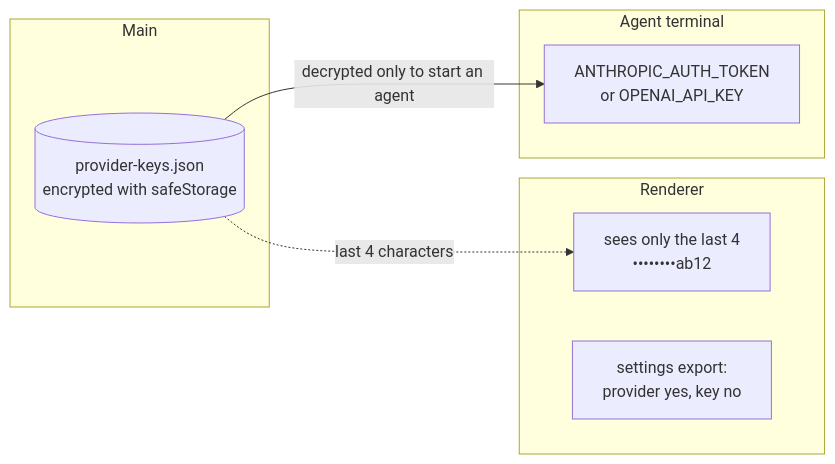
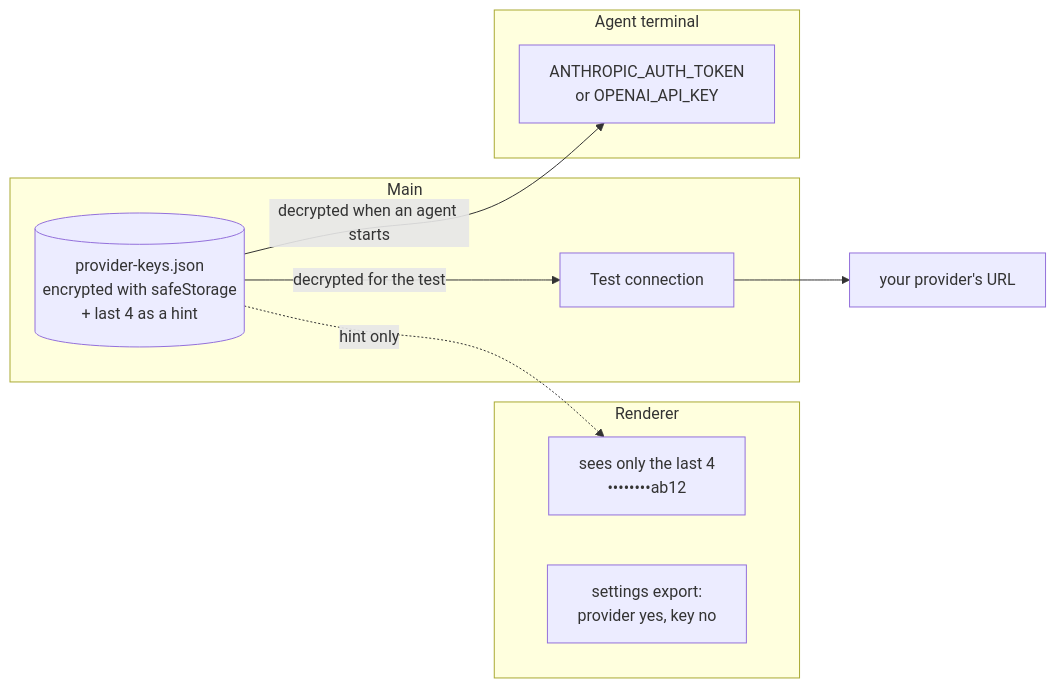
One commit to Lio3307/O-Bros changed the ninth of 9 diagrams in docs/ARCHITECTURE.md. Above: the diagram before and after it, drawn with Mermaid. The commit also changed other lines of this file, not shown here.

First line of the commit message:
Explain the architecture with diagrams

````diff
--- a/docs/ARCHITECTURE.md
+++ b/docs/ARCHITECTURE.md
@@ -178,16 +225,19 @@
 ```mermaid
 flowchart LR
     subgraph REN["Renderer"]
         L4["sees only the last 4<br/>••••••••ab12"]
         EX["settings export:<br/>provider yes, key no"]
     end
     subgraph MAIN["Main"]
-        KF[("provider-keys.json<br/>encrypted with safeStorage")]
+        KF[("provider-keys.json<br/>encrypted with safeStorage<br/>+ last 4 as a hint")]
+        TC["Test connection"]
     end
     subgraph AGT["Agent terminal"]
         ENV["ANTHROPIC_AUTH_TOKEN<br/>or OPENAI_API_KEY"]
     end
+    P["your provider's URL"]
 
-    KF -- "decrypted only to start an agent" --> ENV
-    KF -. "last 4 characters" .-> L4
+    KF -- "decrypted when an agent starts" --> ENV
+    KF -- "decrypted for the test" --> TC --> P
+    KF -. "hint only" .-> L4
 ```
````
